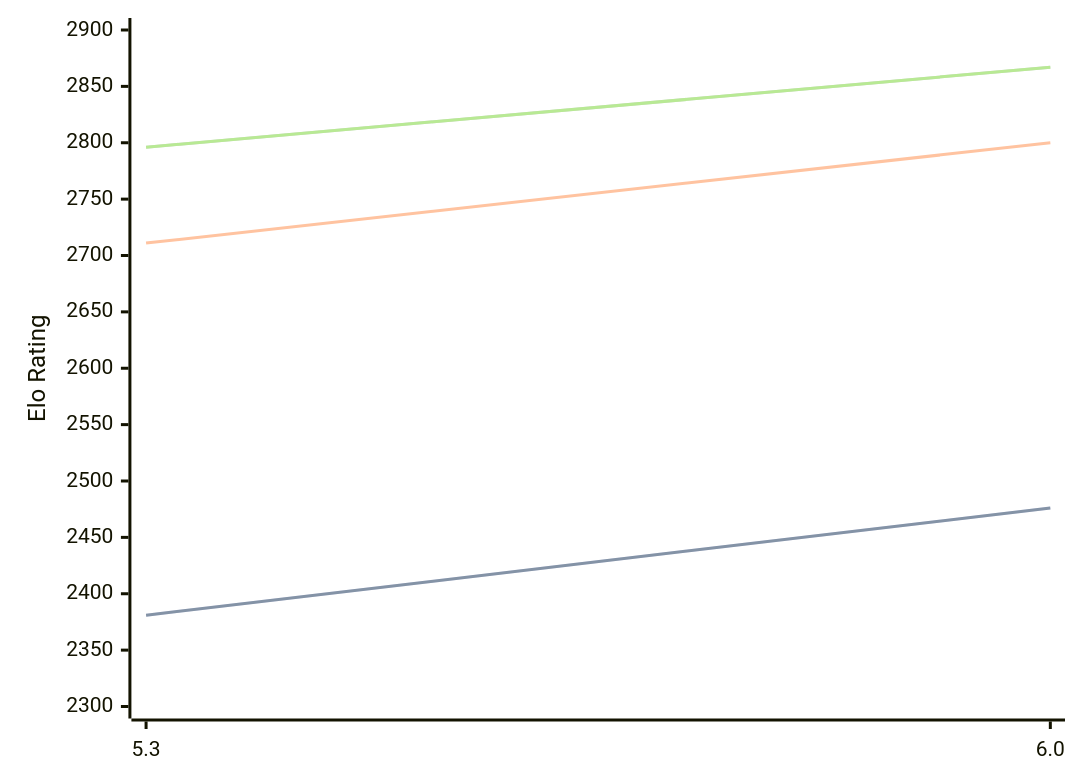
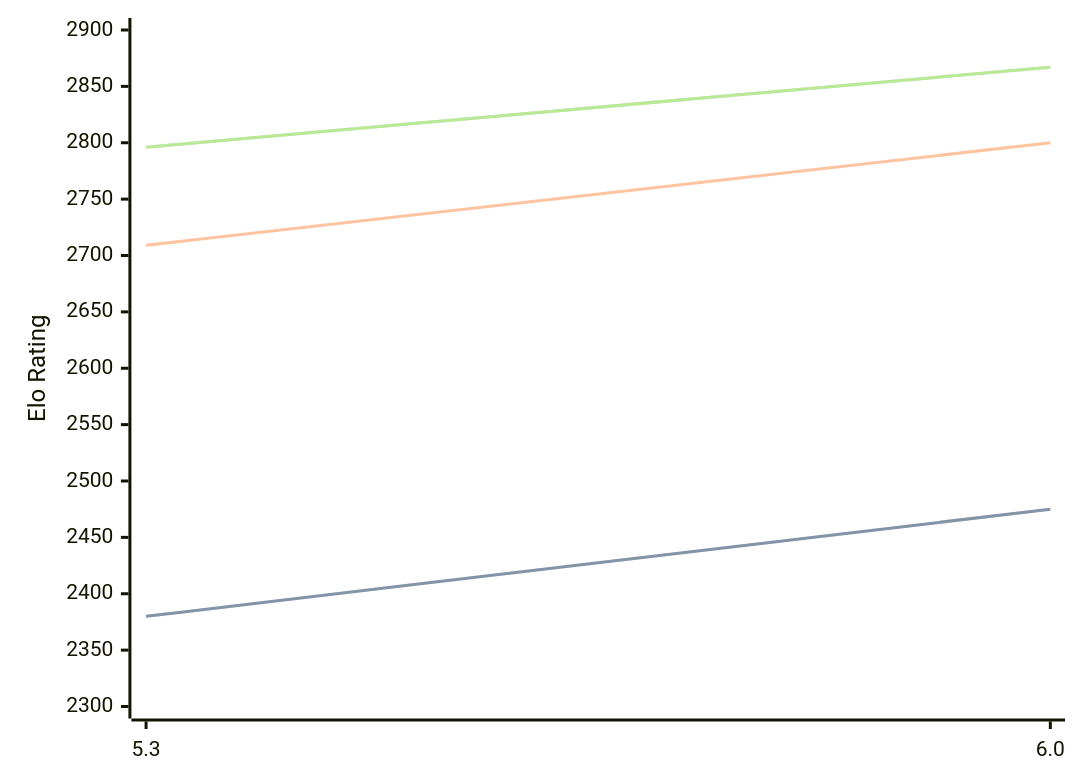
One commit to computer-chess-index/cci changed the third of 3 diagrams in engines/tomitankChess.md. Above: the diagram before and after it, drawn with Mermaid. The commit also changed other lines of this file, not shown here.

````diff
--- a/engines/tomitankChess.md
+++ b/engines/tomitankChess.md
@@ -73,11 +73,11 @@
 ```mermaid
 %%{init: {"theme":"base","themeVariables":{"seriesColors:['#a3a3a3','#222221','#faa371']}}}%%
 xychart-beta
   x-axis ["5.3", "6.0"]
   y-axis "Elo Rating" 2300 --> 2900
-  line "STC (8.0+0.08s)" [2381, 2476]
-  line "STC (8.0+0.08s)" [2381, 2476]
-  line "LTC (60.0+0.60s)" [2711, 2800]
+  line "STC (8.0+0.08s)" [2380, 2475]
+  line "STC (8.0+0.08s)" [2380, 2475]
+  line "LTC (60.0+0.60s)" [2709, 2800]
   line "VLTC (2m24s+1.12s)" [2796, 2867]
   line "VLTC (2m24s+1.12s)" [2796, 2867]
 ```
````
